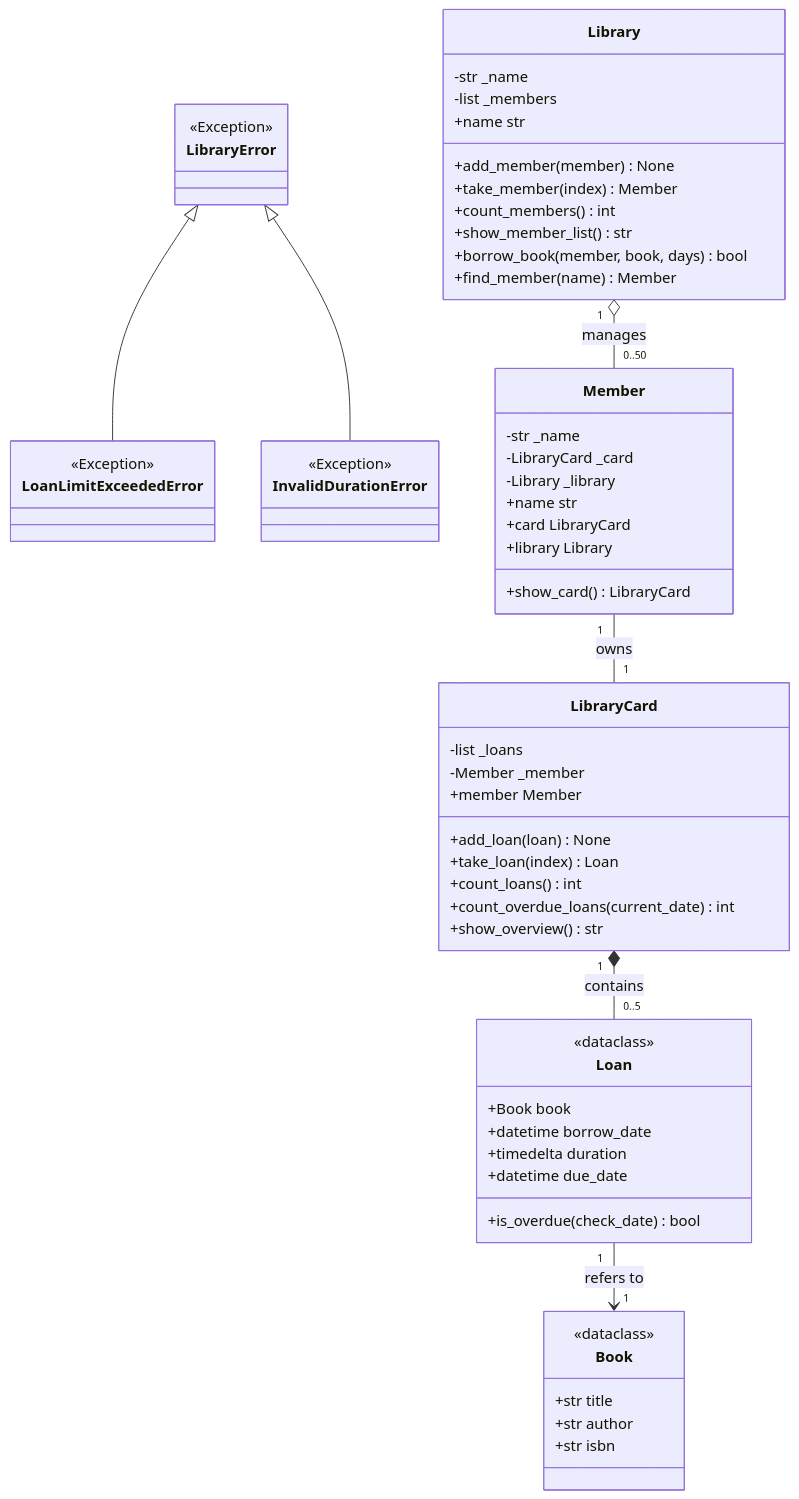
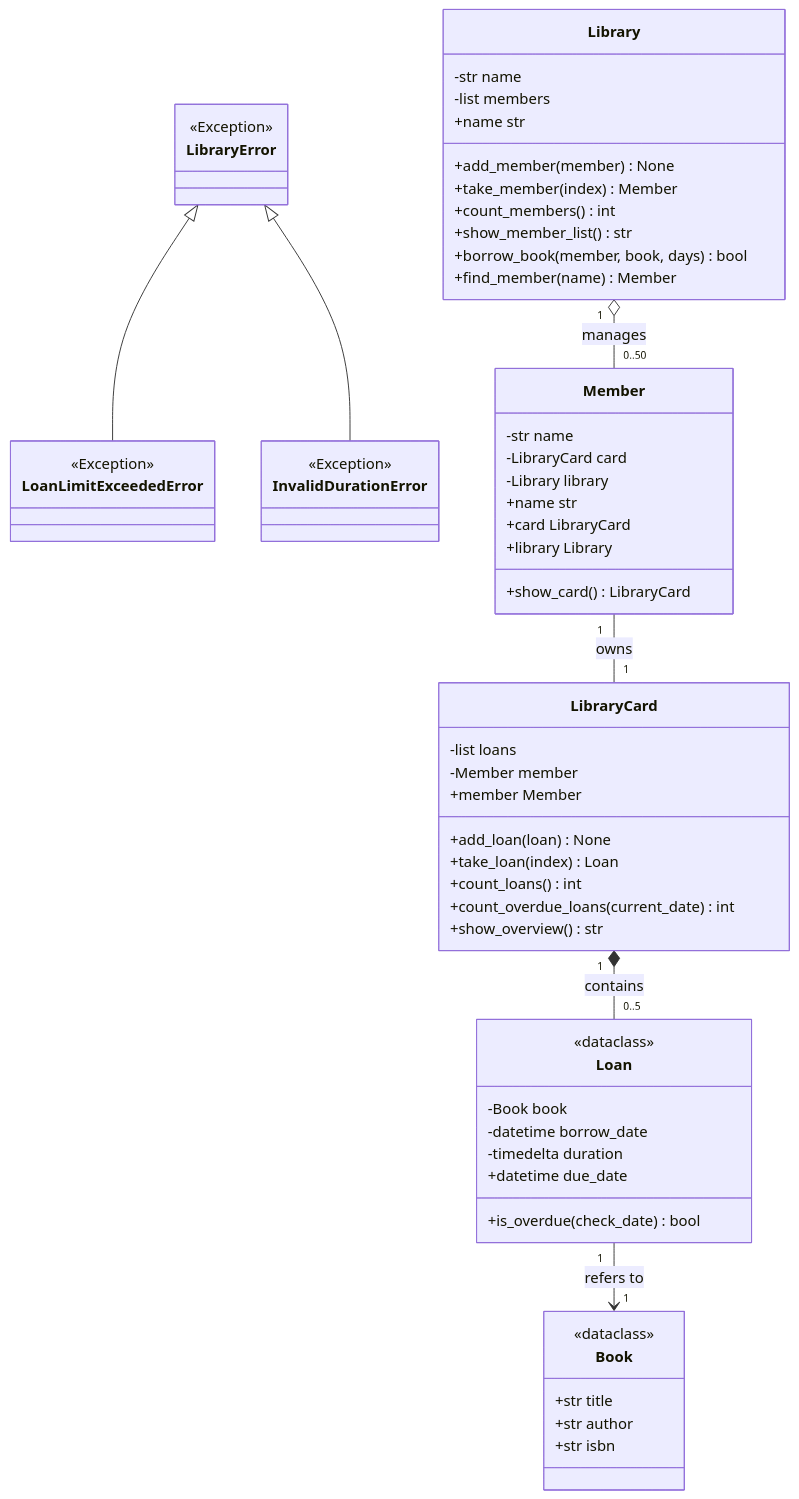
The diagram in README.md (Jepedaia/m320-lb1-library), drawn with Mermaid before and after one commit. The commit also changed other lines of this file and 5 other files, not shown here.

Commit message:
Use standard UML attribute names without underscores

````diff
--- a/README.md
+++ b/README.md
@@ -19,69 +19,69 @@
 ```mermaid
 classDiagram
     class LibraryError {
         <<Exception>>
     }
     class LoanLimitExceededError {
         <<Exception>>
     }
     class InvalidDurationError {
         <<Exception>>
     }
     LibraryError <|-- LoanLimitExceededError
     LibraryError <|-- InvalidDurationError
 
     class Book {
         <<dataclass>>
         +str title
         +str author
         +str isbn
     }
 
     class Loan {
         <<dataclass>>
-        +Book book
-        +datetime borrow_date
-        +timedelta duration
+        -Book book
+        -datetime borrow_date
+        -timedelta duration
         +datetime due_date
         +is_overdue(check_date) bool
     }
 
     class LibraryCard {
-        -list _loans
-        -Member _member
+        -list loans
+        -Member member
         +add_loan(loan) None
         +take_loan(index) Loan
         +count_loans() int
         +count_overdue_loans(current_date) int
         +show_overview() str
         +member Member
     }
 
     class Member {
-        -str _name
-        -LibraryCard _card
-        -Library _library
+        -str name
+        -LibraryCard card
+        -Library library
         +name str
         +card LibraryCard
         +library Library
         +show_card() LibraryCard
     }
 
     class Library {
-        -str _name
-        -list _members
+        -str name
+        -list members
         +name str
         +add_member(member) None
         +take_member(index) Member
         +count_members() int
         +show_member_list() str
         +borrow_book(member, book, days) bool
         +find_member(name) Member
     }
 
     %% Relationships
     Library "1" o-- "0..50" Member : manages
     Member "1" -- "1" LibraryCard : owns
     LibraryCard "1" *-- "0..5" Loan : contains
     Loan "1" --> "1" Book : refers to
 ```
````
